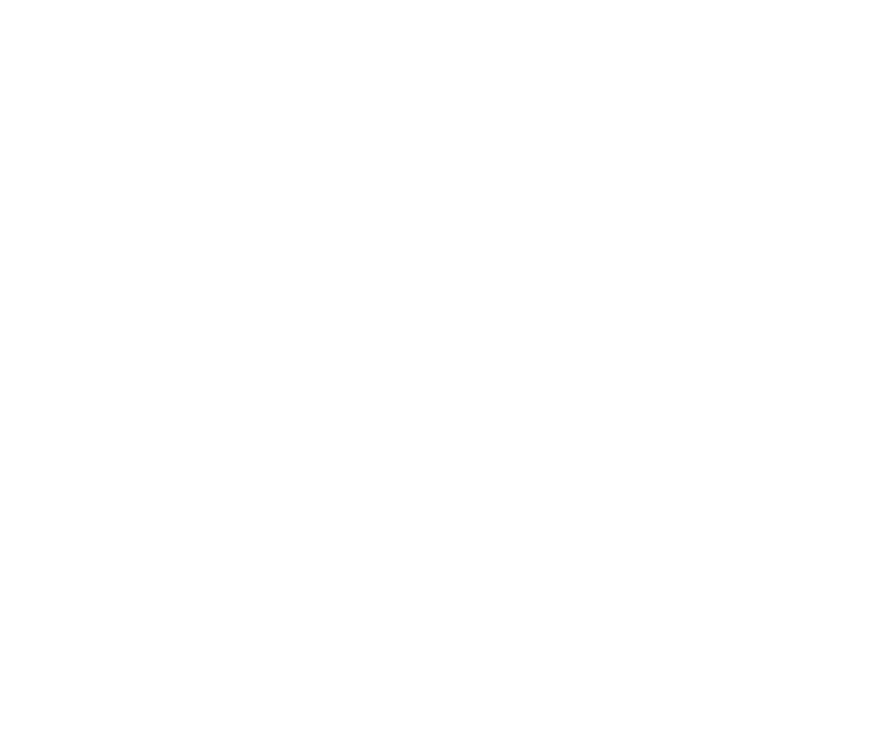
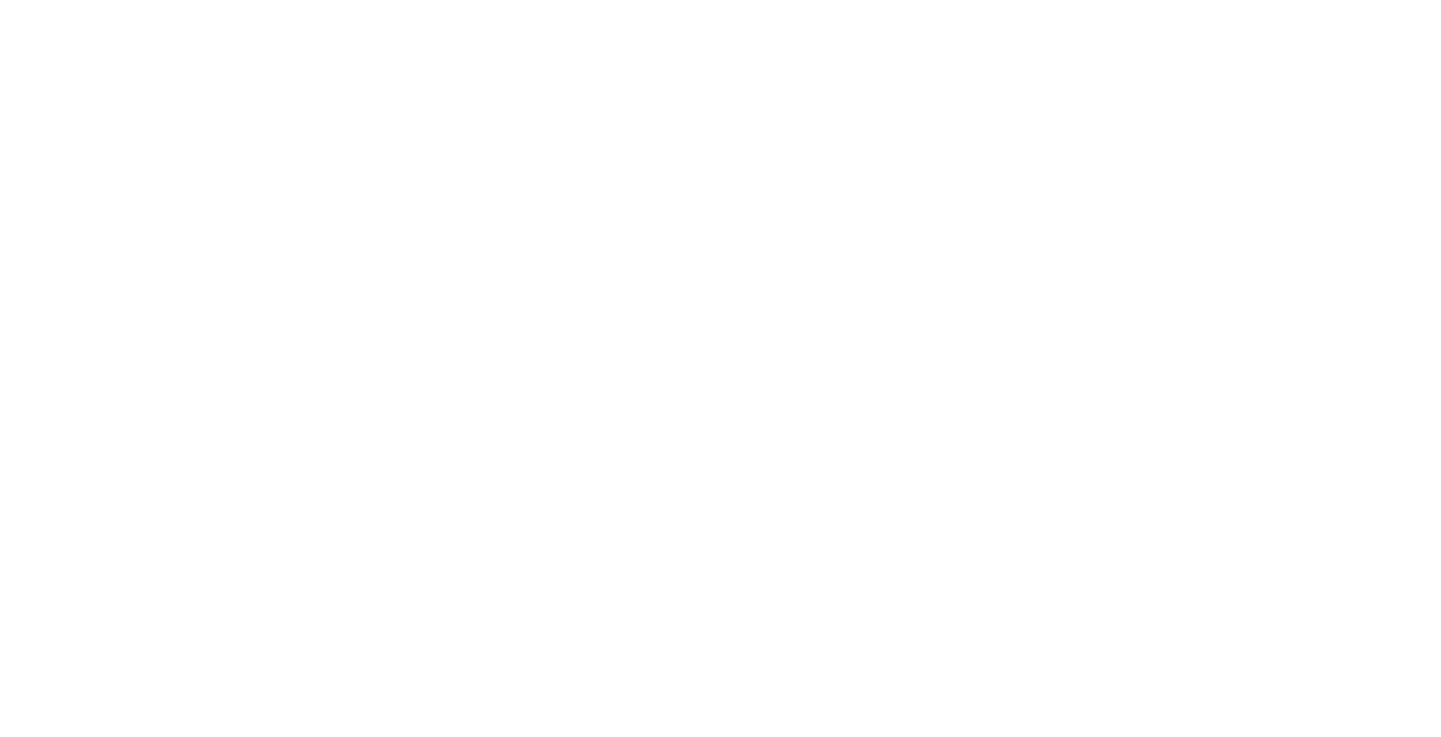
The diagram in backend/dump/list_graph.dot (Troll0ton/Trollanguage), drawn with Graphviz before and after one commit. The commit also changed 104 other files, not shown here.

```diff
--- a/backend/dump/list_graph.dot
+++ b/backend/dump/list_graph.dot
@@ -1,20 +1,26 @@
 digraph structs {    
 rankdir = TB;        
 graph [dpi = 200];   
 ranksep = 1.5;       
 edge[penwidth = 10]; 
 cell0 [style = filled, color = black, shape=record, 
 fillcolor = paleturquoise1, label = " { <ptr> TYPE: OPERATION (0) | sub} " ];                         
 cell1 [style = filled, color = black, shape=record, 
 fillcolor = paleturquoise1, label = " { <ptr> TYPE: OPERATION (0) | add} " ];                         
 cell2 [style = filled, color = black, shape=record, 
-fillcolor = coral2, label = " { <ptr> TYPE: NUMERIC (0) | 698} " ];                         
+fillcolor = coral2, label = " { <ptr> TYPE: NUMERIC (0) | 877} " ];                         
 cell3 [style = filled, color = black, shape=record, 
-fillcolor = coral2, label = " { <ptr> TYPE: NUMERIC (0) | 556} " ];                         
+fillcolor = darkolivegreen2, label = " { <ptr> TYPE: VARIABLE (0) | x} " ];                         
 cell4 [style = filled, color = black, shape=record, 
-fillcolor = coral2, label = " { <ptr> TYPE: NUMERIC (0) | 323} " ];                         
+fillcolor = paleturquoise1, label = " { <ptr> TYPE: OPERATION (0) | mul} " ];                         
+cell5 [style = filled, color = black, shape=record, 
+fillcolor = darkolivegreen2, label = " { <ptr> TYPE: VARIABLE (0) | y} " ];                         
+cell6 [style = filled, color = black, shape=record, 
+fillcolor = coral2, label = " { <ptr> TYPE: NUMERIC (0) | 787} " ];                         
 cell0 -> cell1;
 cell1 -> cell2;
 cell1 -> cell3;
 cell0 -> cell4;
+cell4 -> cell5;
+cell4 -> cell6;
 }
```
